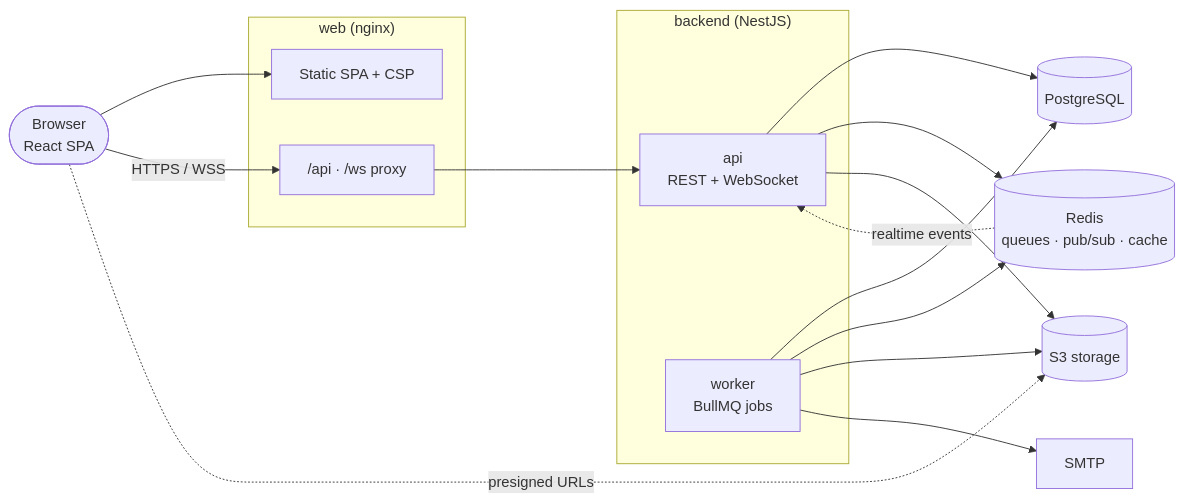
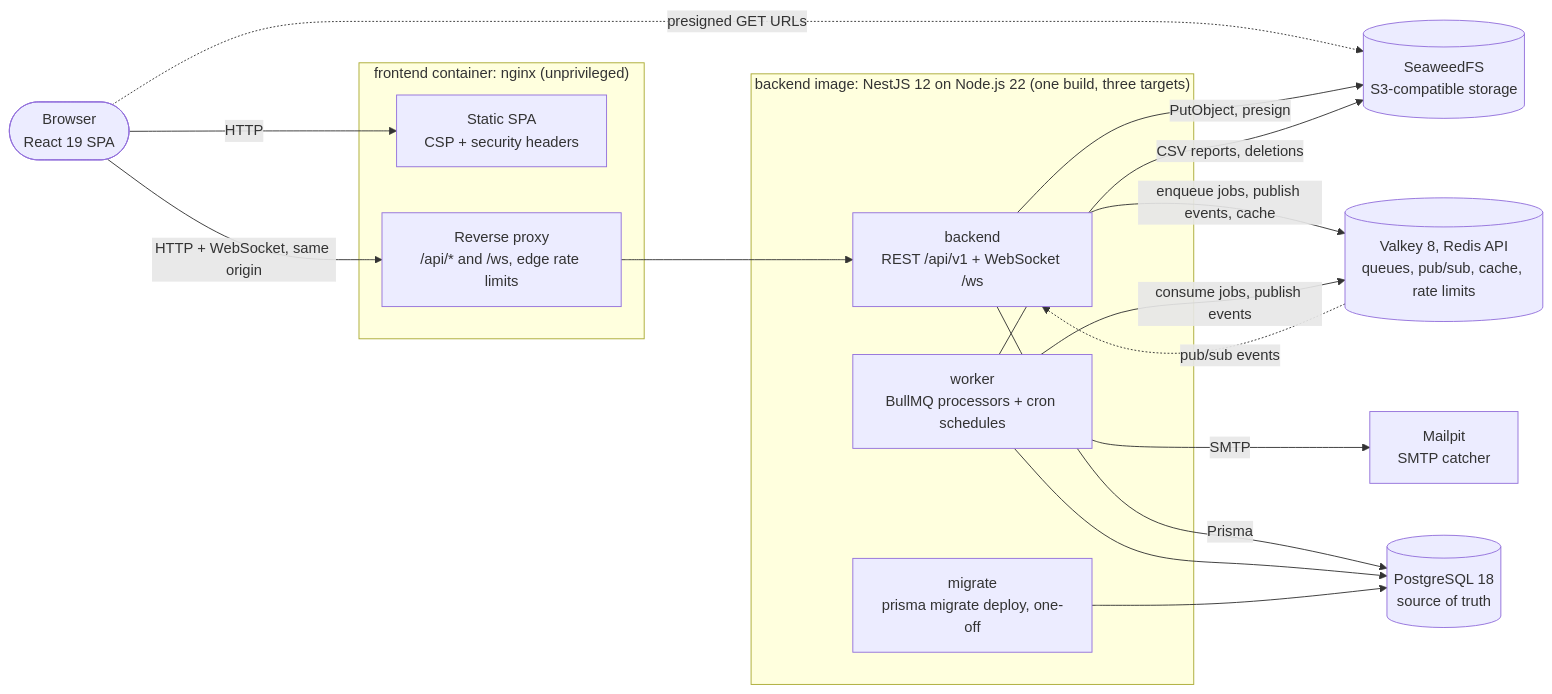
The first of 8 diagrams in README.md (Vicky5404/TeamSync), drawn with Mermaid before and after one commit. The commit also changed other lines of this file, not shown here.

````diff
--- a/README.md
+++ b/README.md
@@ -62,23 +223,33 @@
 ```mermaid
 flowchart LR
-    Browser(["Browser<br/>React SPA"])
-    subgraph Web["web (nginx)"]
-        Static["Static SPA + CSP"]
-        Proxy["/api · /ws proxy"]
+    Browser(["Browser<br/>React 19 SPA"])
+
+    subgraph web["frontend container: nginx (unprivileged)"]
+        SPA["Static SPA<br/>CSP + security headers"]
+        Proxy["Reverse proxy<br/>/api/* and /ws, edge rate limits"]
     end
-    subgraph Backend["backend (NestJS)"]
-        API["api<br/>REST + WebSocket"]
-        Worker["worker<br/>BullMQ jobs"]
+
+    subgraph be["backend image: NestJS 12 on Node.js 22 (one build, three targets)"]
+        API["backend<br/>REST /api/v1 + WebSocket /ws"]
+        Worker["worker<br/>BullMQ processors + cron schedules"]
+        Migrate["migrate<br/>prisma migrate deploy, one-off"]
     end
-    PG[("PostgreSQL")]
-    Redis[("Redis<br/>queues · pub/sub · cache")]
-    S3[("S3 storage")]
-    Mail["SMTP"]
 
-    Browser --> Static
-    Browser -->|"HTTPS / WSS"| Proxy --> API
-    Browser -. presigned URLs .-> S3
-    API --> PG & Redis & S3
-    Worker --> PG & Redis & S3 & Mail
-    Redis -. realtime events .-> API
+    PG[("PostgreSQL 18<br/>source of truth")]
+    Redis[("Valkey 8, Redis API<br/>queues, pub/sub, cache, rate limits")]
+    S3[("SeaweedFS<br/>S3-compatible storage")]
+    Mail["Mailpit<br/>SMTP catcher"]
+
+    Browser -->|HTTP| SPA
+    Browser -->|"HTTP + WebSocket, same origin"| Proxy --> API
+    Browser -.->|"presigned GET URLs"| S3
+    API -->|Prisma| PG
+    API -->|"enqueue jobs, publish events, cache"| Redis
+    API -->|"PutObject, presign"| S3
+    Redis -.->|"pub/sub events"| API
+    Worker -->|"consume jobs, publish events"| Redis
+    Worker --> PG
+    Worker -->|"CSV reports, deletions"| S3
+    Worker -->|SMTP| Mail
+    Migrate --> PG
 ```
````
